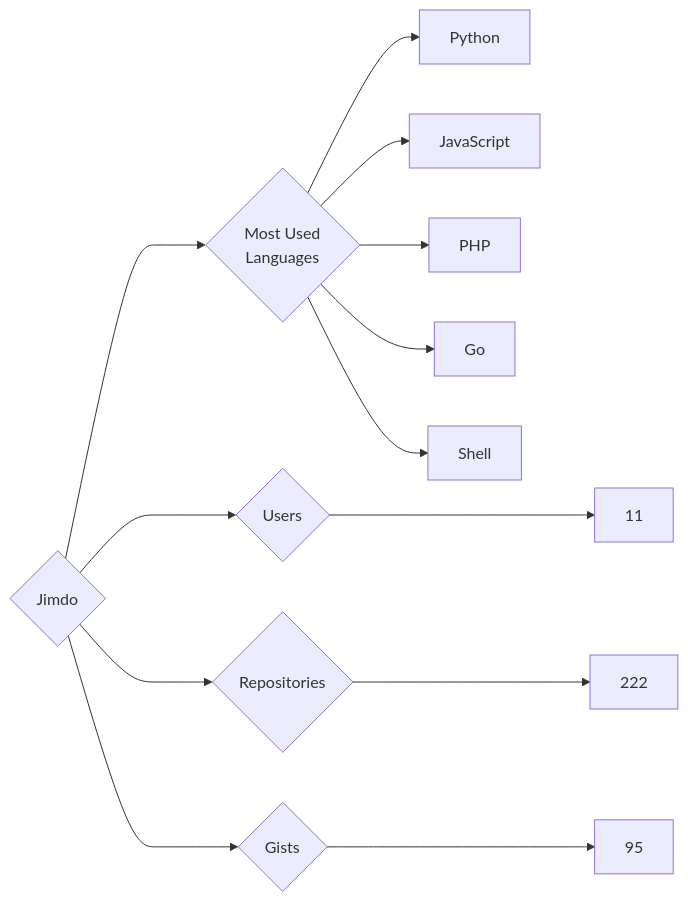
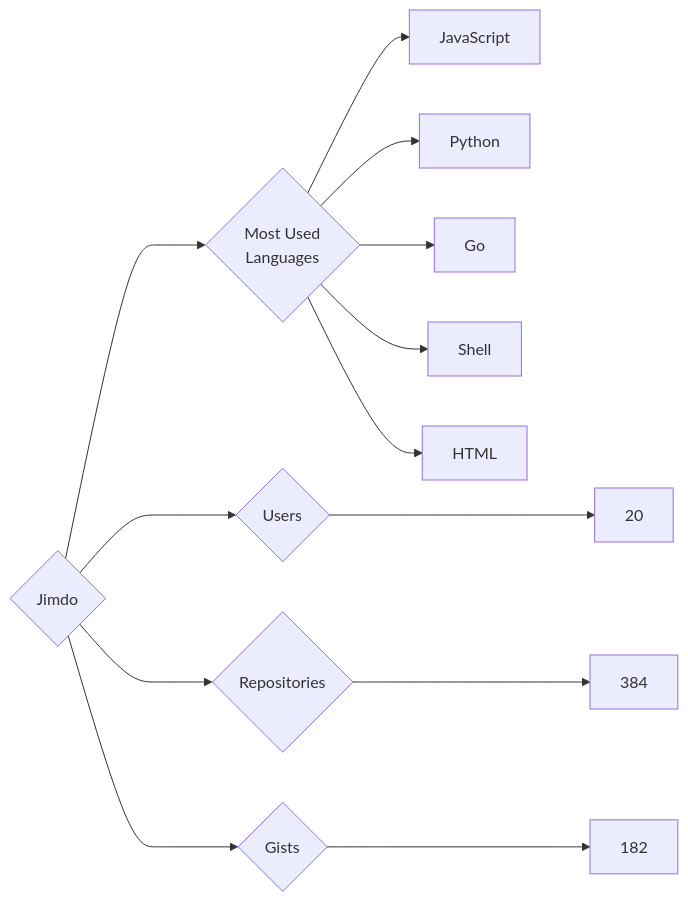
The diagram in targets/Jimdo/README.md (trickest/insiders), drawn with Mermaid before and after one commit. The commit also changed 752 other files, not shown here.

````diff
--- a/targets/Jimdo/README.md
+++ b/targets/Jimdo/README.md
@@ -3,13 +3,13 @@
 ```mermaid
 graph LR
 COMPANY_NAME{Jimdo}
-COMPANY_NAME ---> U{Users} ---> UN[11]
-COMPANY_NAME ---> R{Repositories} ---> RN[222]
-COMPANY_NAME ---> G{Gists} ---> GN[95]
+COMPANY_NAME ---> U{Users} ---> UN[20]
+COMPANY_NAME ---> R{Repositories} ---> RN[384]
+COMPANY_NAME ---> G{Gists} ---> GN[182]
 COMPANY_NAME ---> ML{Most Used<br>Languages}
+ML --> JavaScript[JavaScript]
 ML --> Python[Python]
-ML --> JavaScript[JavaScript]
-ML --> PHP[PHP]
 ML --> Go[Go]
 ML --> Shell[Shell]
+ML --> HTML[HTML]
 ```
````
